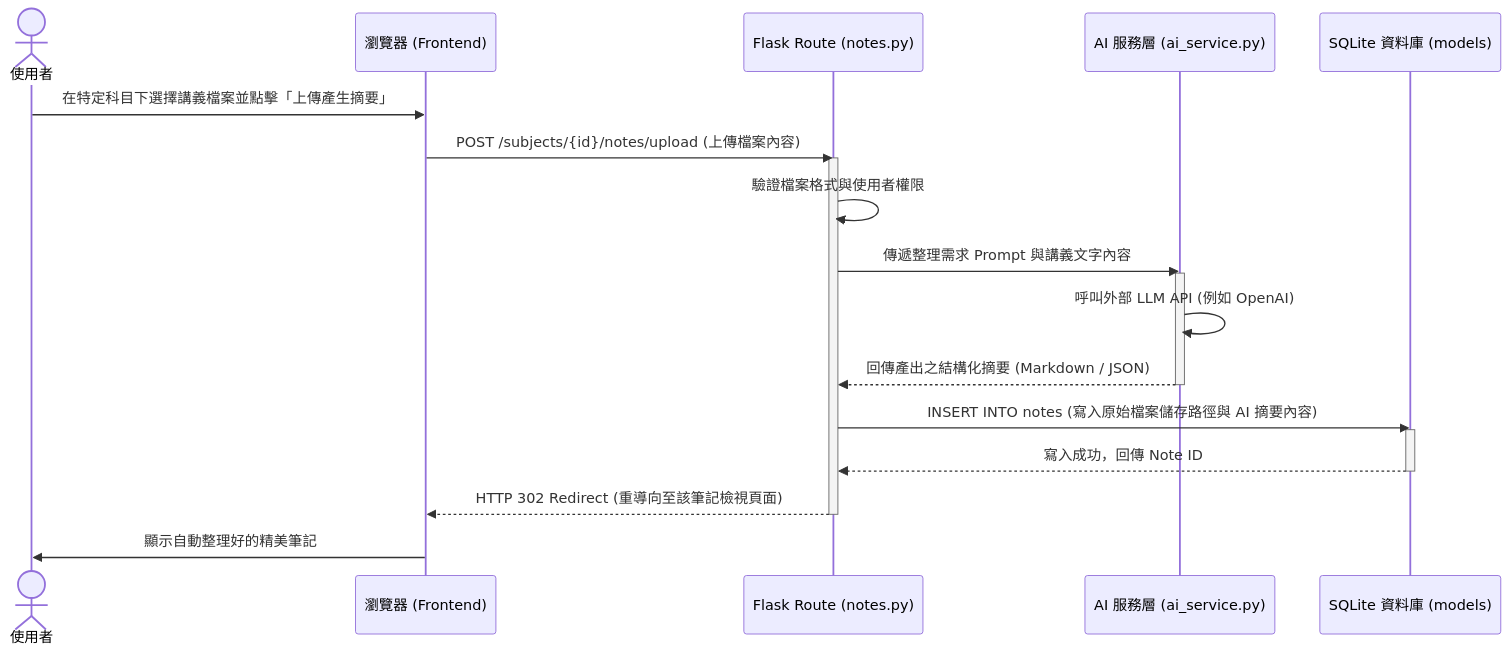
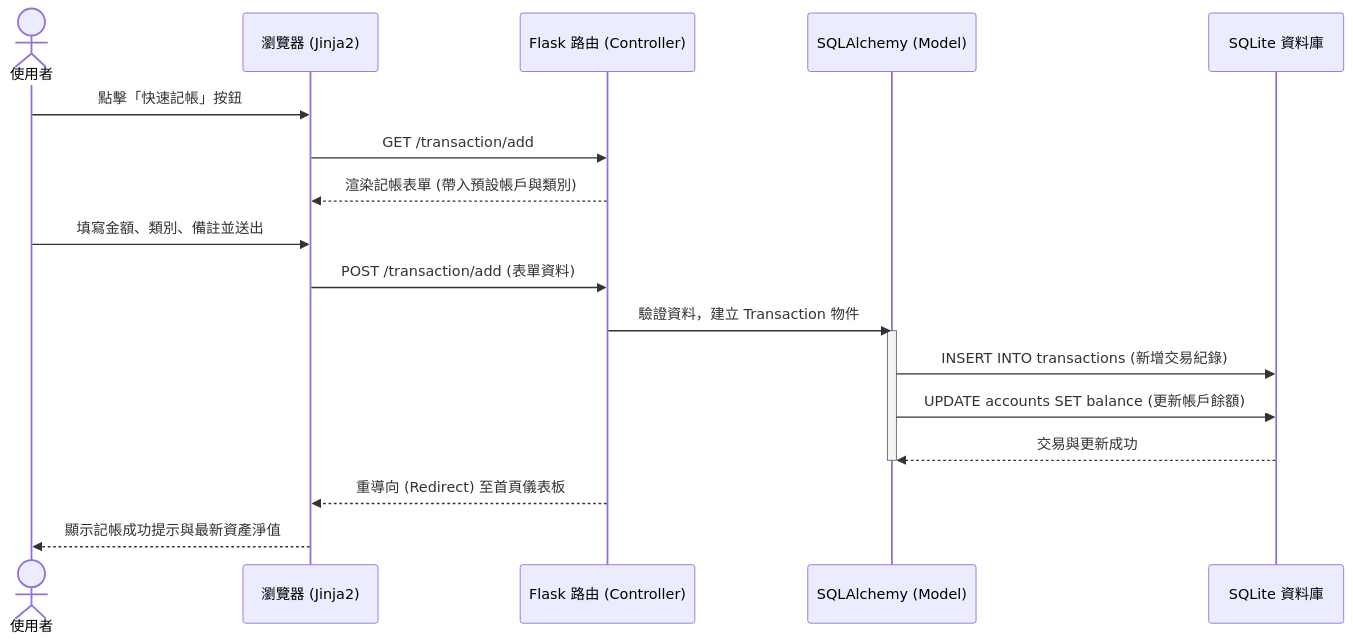
The second of 2 diagrams in docs/FLOWCHART.md (king2007960206-art/web_app_development), drawn with Mermaid before and after one commit. The commit also changed other lines of this file, not shown here.

Commit message:
docs: add user flowchart

````diff
--- a/docs/FLOWCHART.md
+++ b/docs/FLOWCHART.md
@@ -51,30 +45,25 @@
 ```mermaid
 sequenceDiagram
     actor User as 使用者
-    participant Browser as 瀏覽器 (Frontend)
-    participant Route as Flask Route (notes.py)
-    participant AIService as AI 服務層 (ai_service.py)
-    participant DB as SQLite 資料庫 (models)
+    participant Browser as 瀏覽器 (Jinja2)
+    participant Route as Flask 路由 (Controller)
+    participant Model as SQLAlchemy (Model)
+    participant DB as SQLite 資料庫
 
-    User->>Browser: 在特定科目下選擇講義檔案並點擊「上傳產生摘要」
-    Browser->>Route: POST /subjects/{id}/notes/upload (上傳檔案內容)
+    User->>Browser: 點擊「快速記帳」按鈕
+    Browser->>Route: GET /transaction/add
+    Route-->>Browser: 渲染記帳表單 (帶入預設帳戶與類別)
     
-    activate Route
-    Route->>Route: 驗證檔案格式與使用者權限
-    Route->>AIService: 傳遞整理需求 Prompt 與講義文字內容
+    User->>Browser: 填寫金額、類別、備註並送出
+    Browser->>Route: POST /transaction/add (表單資料)
     
-    activate AIService
-    AIService->>AIService: 呼叫外部 LLM API (例如 OpenAI)
-    AIService-->>Route: 回傳產出之結構化摘要 (Markdown / JSON)
-    deactivate AIService
+    Route->>Model: 驗證資料，建立 Transaction 物件
+    activate Model
+    Model->>DB: INSERT INTO transactions (新增交易紀錄)
+    Model->>DB: UPDATE accounts SET balance (更新帳戶餘額)
+    DB-->>Model: 交易與更新成功
+    deactivate Model
     
-    Route->>DB: INSERT INTO notes (寫入原始檔案儲存路徑與 AI 摘要內容)
-    activate DB
-    DB-->>Route: 寫入成功，回傳 Note ID
-    deactivate DB
-    
-    Route-->>Browser: HTTP 302 Redirect (重導向至該筆記檢視頁面)
-    deactivate Route
-    
-    Browser->>User: 顯示自動整理好的精美筆記
+    Route-->>Browser: 重導向 (Redirect) 至首頁儀表板
+    Browser-->>User: 顯示記帳成功提示與最新資產淨值
 ```
````
